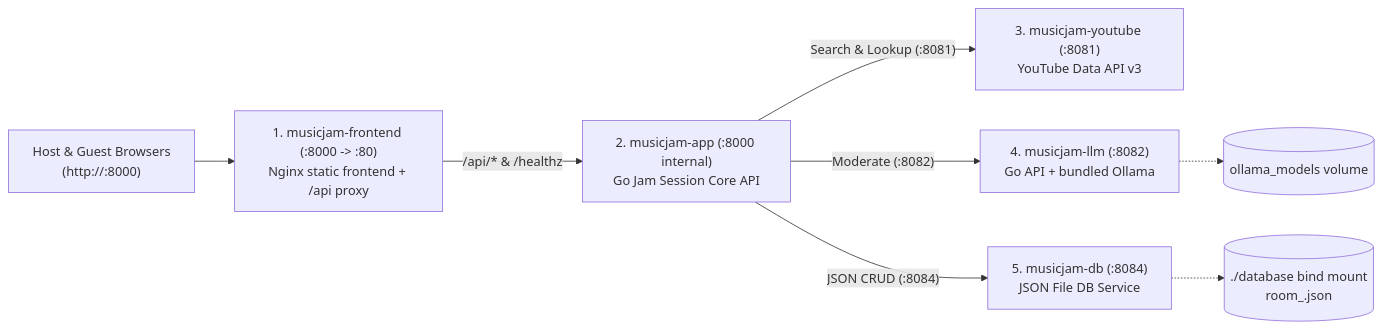
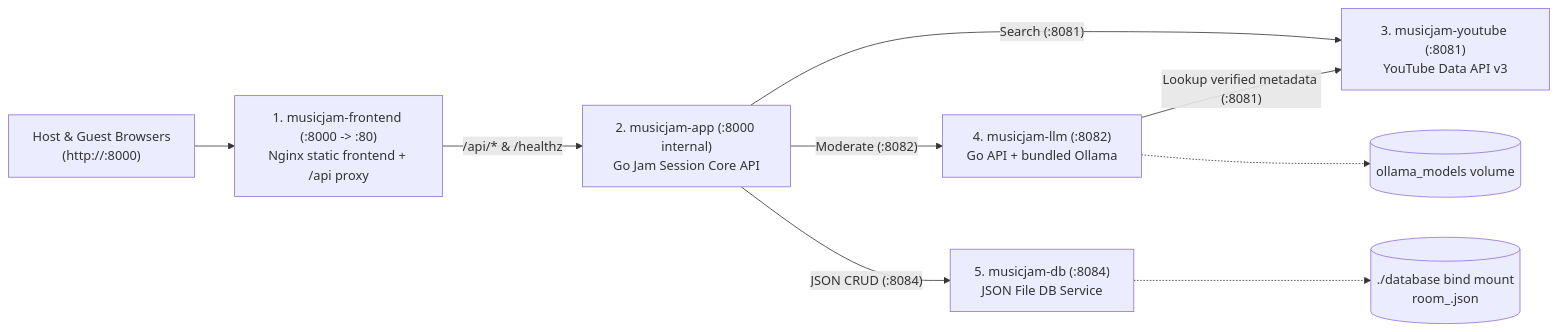
One commit to fwierer/musicjam changed the diagram in documentation/CURRENT_STATE.md. Above: the diagram before and after it, drawn with Mermaid. The commit also changed other lines of this file and 7 other files, not shown here.

````diff
--- a/documentation/CURRENT_STATE.md
+++ b/documentation/CURRENT_STATE.md
@@ -13,12 +13,13 @@
 ```mermaid
 flowchart LR
     Browser["Host & Guest Browsers<br/>(http://<LAN_IP>:8000)"] --> FE["1. musicjam-frontend (:8000 -> :80)<br/>Nginx static frontend + /api proxy"]
 
     FE -->|"/api/* & /healthz"| App["2. musicjam-app (:8000 internal)<br/>Go Jam Session Core API"]
-    App -->|"Search & Lookup (:8081)"| YT["3. musicjam-youtube (:8081)<br/>YouTube Data API v3"]
+    App -->|"Search (:8081)"| YT["3. musicjam-youtube (:8081)<br/>YouTube Data API v3"]
     App -->|"Moderate (:8082)"| LLM["4. musicjam-llm (:8082)<br/>Go API + bundled Ollama"]
+    LLM -->|"Lookup verified metadata (:8081)"| YT
     App -->|"JSON CRUD (:8084)"| DB["5. musicjam-db (:8084)<br/>JSON File DB Service"]
 
     LLM -.-> VolLLM[("ollama_models volume")]
     DB -.-> VolDB[("./database bind mount<br/>room_<uuid>.json")]
 ```
````
